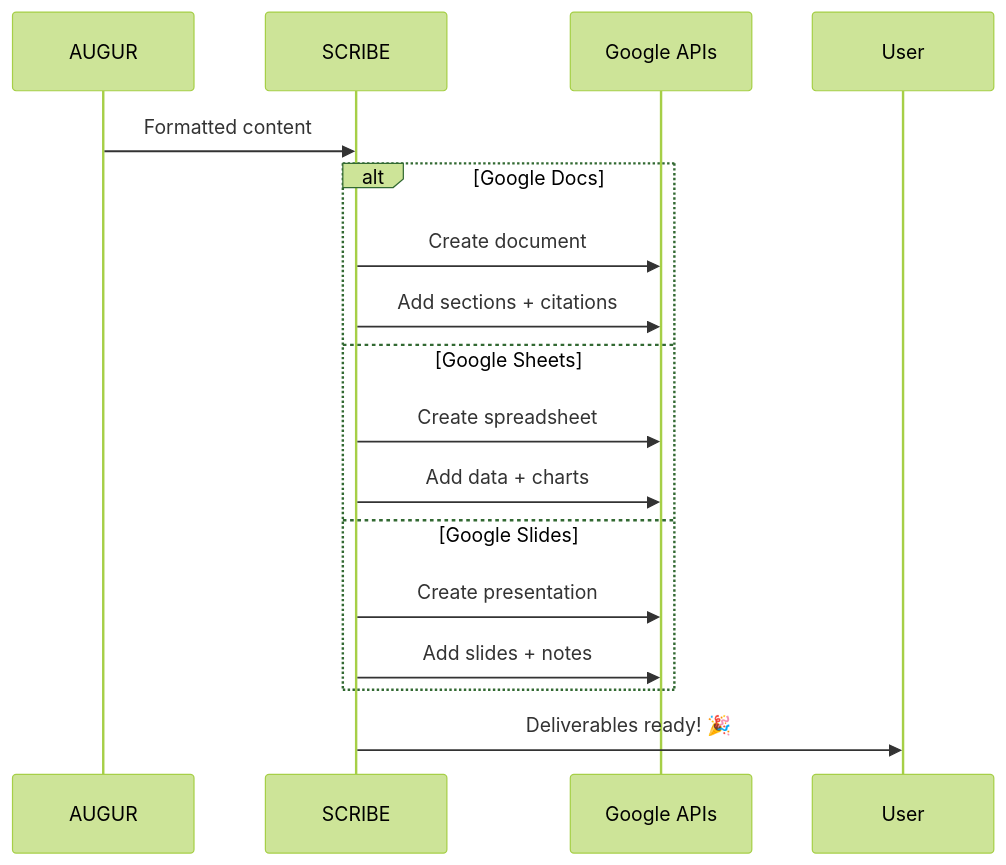
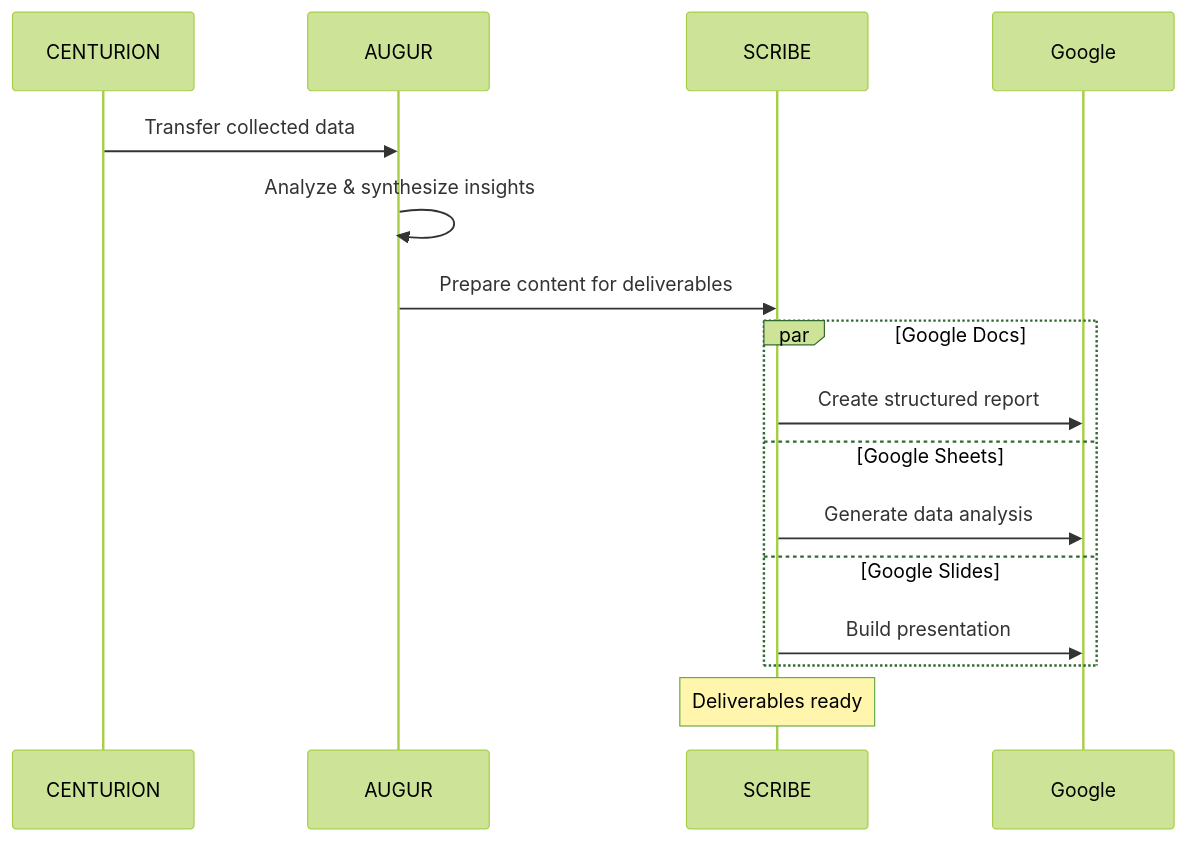
One commit to victorbash400/legion changed the fourth of 4 diagrams in README.md. Above: the diagram before and after it, drawn with Mermaid (forest theme). The commit also changed other lines of this file, not shown here.

````diff
--- a/README.md
+++ b/README.md
@@ -422,21 +339,21 @@
 ```mermaid
 sequenceDiagram
+    participant CENTURION
     participant AUGUR
     participant SCRIBE
-    participant Google APIs
+    participant Google
     
-    AUGUR->>SCRIBE: Formatted content
+    CENTURION->>AUGUR: Transfer collected data
+    AUGUR->>AUGUR: Analyze & synthesize insights
+    AUGUR->>SCRIBE: Prepare content for deliverables
     
-    alt Google Docs
-        SCRIBE->>Google APIs: Create document
-        SCRIBE->>Google APIs: Add sections + citations
-    else Google Sheets
-        SCRIBE->>Google APIs: Create spreadsheet
-        SCRIBE->>Google APIs: Add data + charts
-    else Google Slides
-        SCRIBE->>Google APIs: Create presentation
-        SCRIBE->>Google APIs: Add slides + notes
+    par Google Docs
+        SCRIBE->>Google: Create structured report
+    and Google Sheets  
+        SCRIBE->>Google: Generate data analysis
+    and Google Slides
+        SCRIBE->>Google: Build presentation
     end
     
-    SCRIBE->>User: Deliverables ready! 🎉
+    Note over SCRIBE: Deliverables ready
 ```
````
